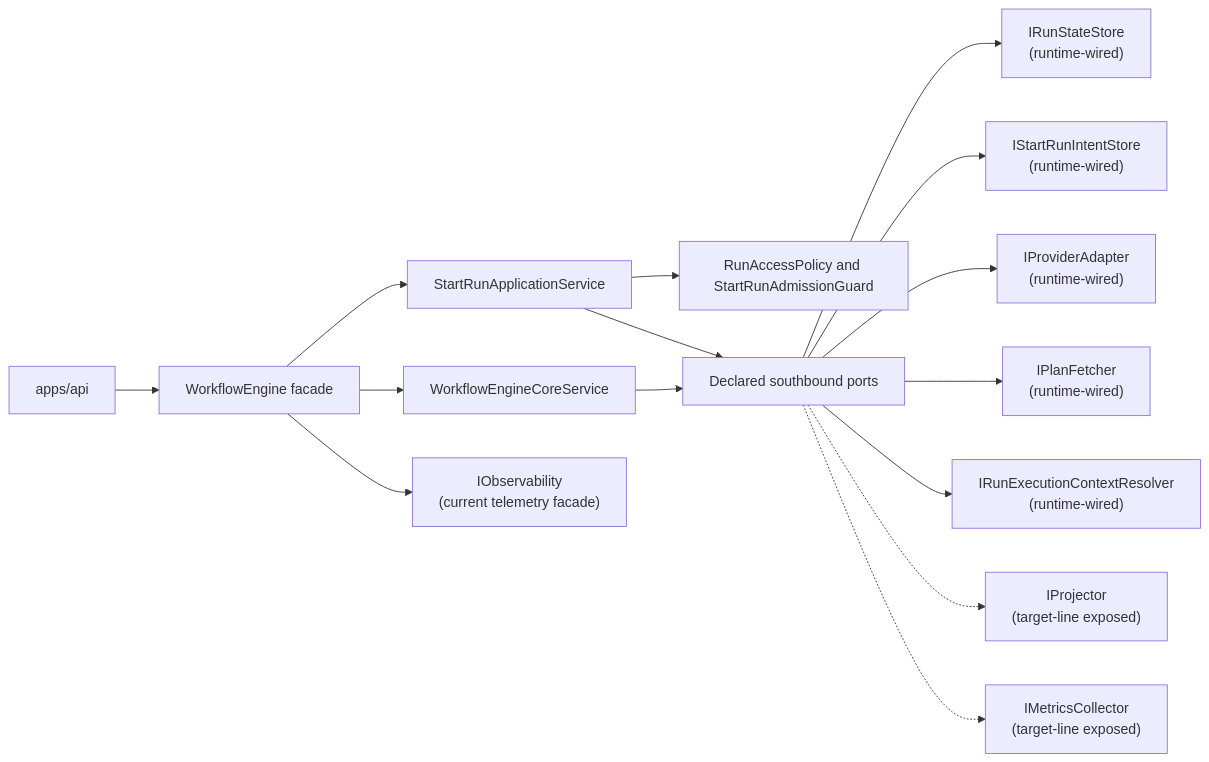
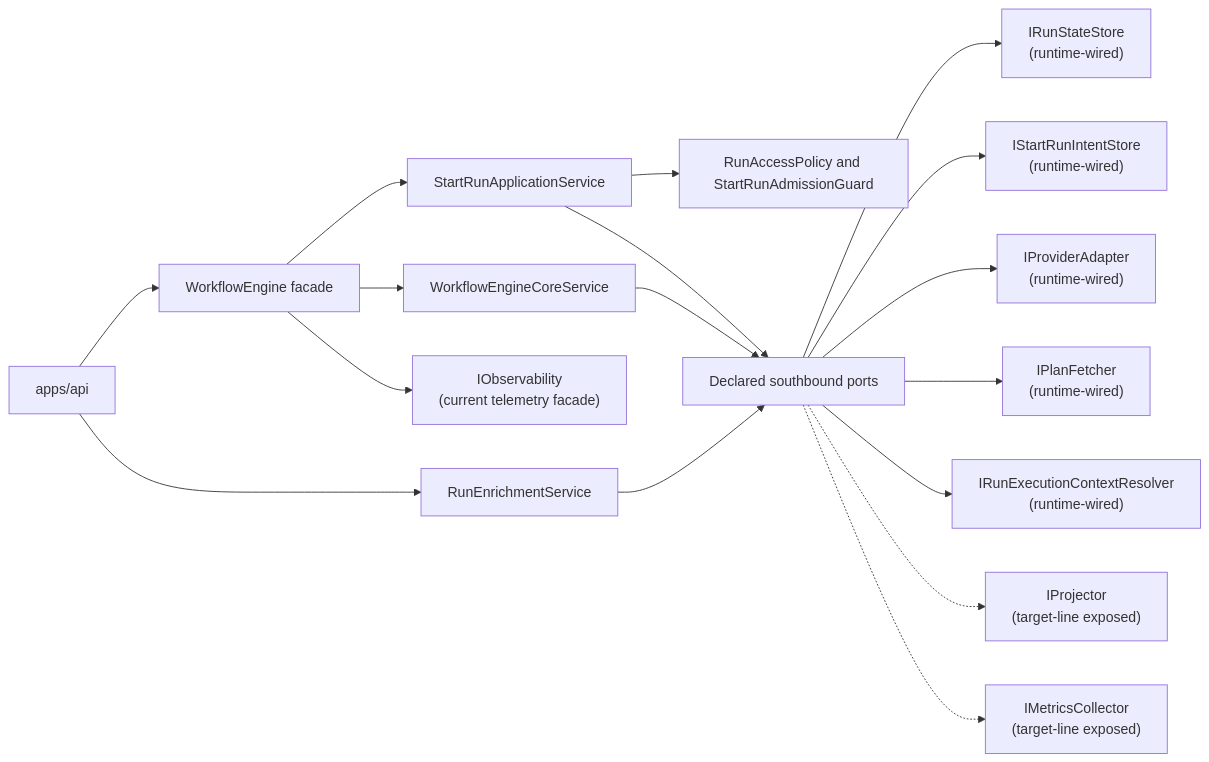
One commit to dunay2/dvt changed the diagram in docs/architecture/components/engine/index.md. Above: the diagram before and after it, drawn with Mermaid. The commit also changed other lines of this file and 39 other files, not shown here.

Commit message:
refactor(engine): Split run enrichment out of engine facade

````diff
--- a/docs/architecture/components/engine/index.md
+++ b/docs/architecture/components/engine/index.md
@@ -84,17 +88,19 @@
 ```mermaid
 flowchart LR
   Api["apps/api"] --> Engine["WorkflowEngine facade"]
+  Api --> Enrich["RunEnrichmentService"]
   Engine --> StartRun["StartRunApplicationService"]
   Engine --> Core["WorkflowEngineCoreService"]
   StartRun --> Policy["RunAccessPolicy and StartRunAdmissionGuard"]
   StartRun --> Ports["Declared southbound ports"]
   Core --> Ports
+  Enrich --> Ports
   Ports --> State["IRunStateStore<br/>(runtime-wired)"]
   Ports --> Intent["IStartRunIntentStore<br/>(runtime-wired)"]
   Ports --> Providers["IProviderAdapter<br/>(runtime-wired)"]
   Ports --> Plan["IPlanFetcher<br/>(runtime-wired)"]
   Ports --> RunCtx["IRunExecutionContextResolver<br/>(runtime-wired)"]
   Ports -.-> Projector["IProjector<br/>(target-line exposed)"]
   Ports -.-> Metrics["IMetricsCollector<br/>(target-line exposed)"]
   Engine --> Obs["IObservability<br/>(current telemetry facade)"]
 ```
````
